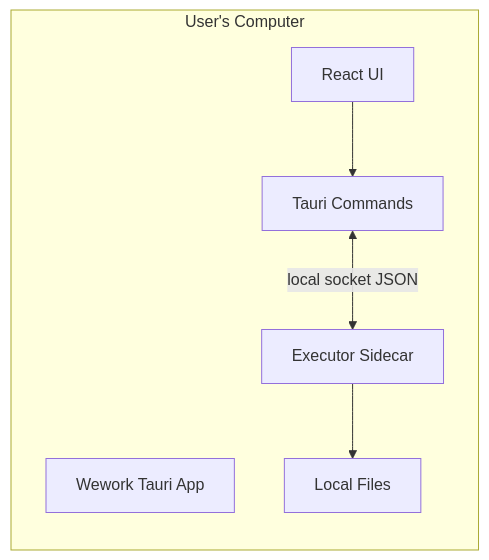
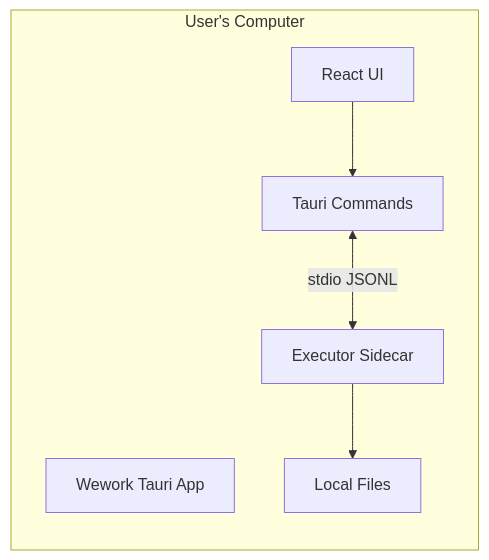
The second of 8 diagrams in docs/developer-guide/local-device-architecture.md (wecode-ai/wegent-docs), drawn with Mermaid before and after one commit. The commit also changed other lines of this file and 9 other files, not shown here.

````diff
--- a/docs/developer-guide/local-device-architecture.md
+++ b/docs/developer-guide/local-device-architecture.md
@@ -43,14 +43,14 @@
 ```mermaid
 flowchart LR
     subgraph "User's Computer"
         APP["Wework Tauri App"]
         UI["React UI"]
         TAURI["Tauri Commands"]
         EX["Executor Sidecar"]
         FS["Local Files"]
     end
 
     UI --> TAURI
-    TAURI <-->|"local socket JSON"| EX
+    TAURI <-->|"stdio JSONL"| EX
     EX --> FS
 ```
````
